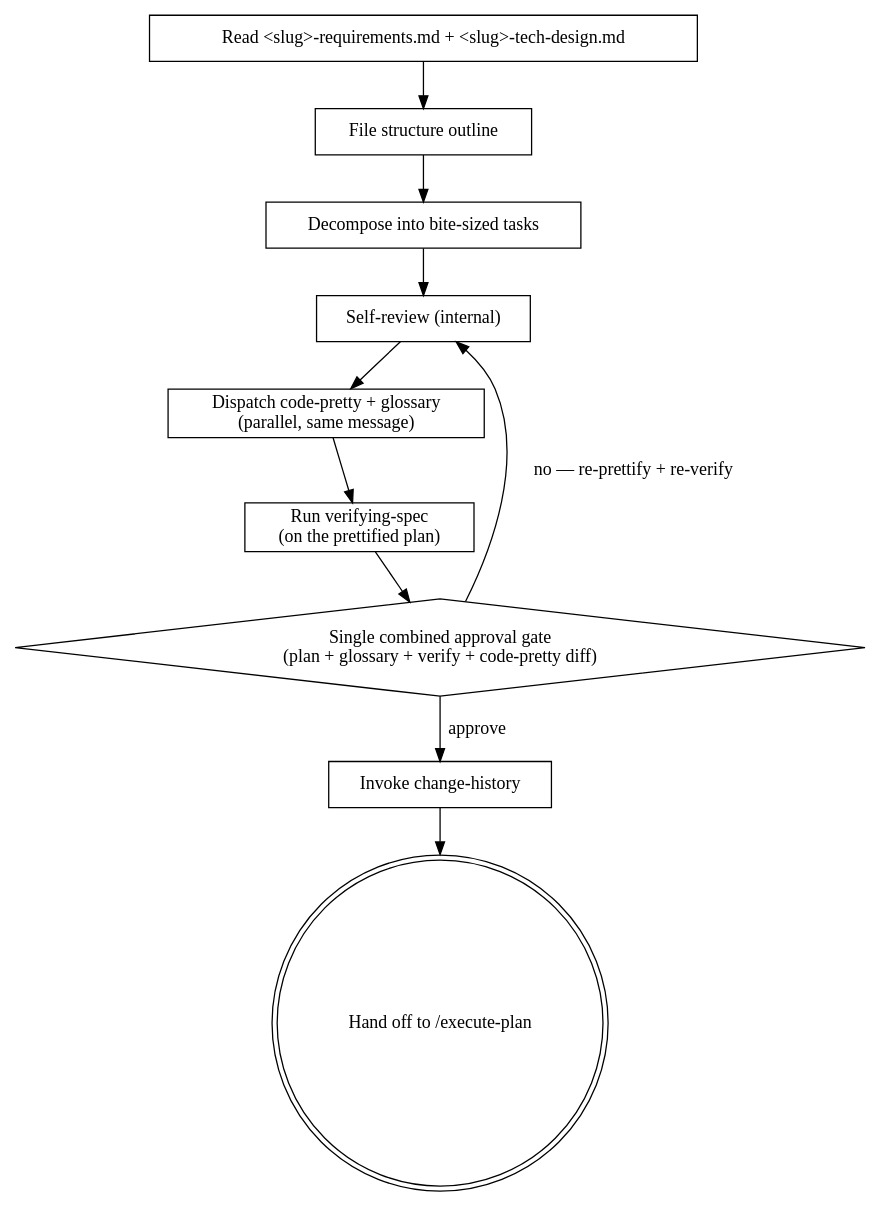
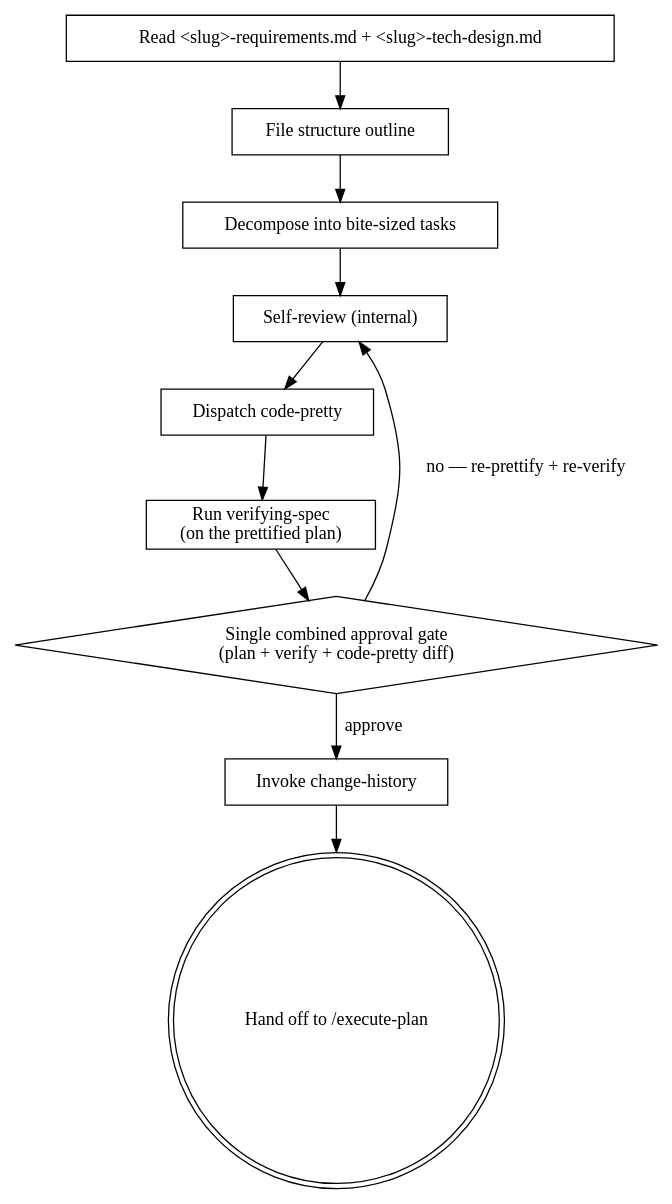
One commit to LonerStayle/js-super changed the diagram in skills/writing-plans/SKILL.md. Above: the diagram before and after it, drawn with Graphviz. The commit also changed other lines of this file and 14 other files, not shown here.

````diff
--- a/skills/writing-plans/SKILL.md
+++ b/skills/writing-plans/SKILL.md
@@ -284,23 +285,23 @@
 ```dot
 digraph plan_flow {
     "Read <slug>-requirements.md + <slug>-tech-design.md" [shape=box];
     "File structure outline" [shape=box];
     "Decompose into bite-sized tasks" [shape=box];
     "Self-review (internal)" [shape=box];
-    "Dispatch code-pretty + glossary\n(parallel, same message)" [shape=box];
+    "Dispatch code-pretty" [shape=box];
     "Run verifying-spec\n(on the prettified plan)" [shape=box];
-    "Single combined approval gate\n(plan + glossary + verify + code-pretty diff)" [shape=diamond];
+    "Single combined approval gate\n(plan + verify + code-pretty diff)" [shape=diamond];
     "Invoke change-history" [shape=box];
     "Hand off to /execute-plan" [shape=doublecircle];
 
     "Read <slug>-requirements.md + <slug>-tech-design.md" -> "File structure outline";
     "File structure outline" -> "Decompose into bite-sized tasks";
     "Decompose into bite-sized tasks" -> "Self-review (internal)";
-    "Self-review (internal)" -> "Dispatch code-pretty + glossary\n(parallel, same message)";
-    "Dispatch code-pretty + glossary\n(parallel, same message)" -> "Run verifying-spec\n(on the prettified plan)";
-    "Run verifying-spec\n(on the prettified plan)" -> "Single combined approval gate\n(plan + glossary + verify + code-pretty diff)";
-    "Single combined approval gate\n(plan + glossary + verify + code-pretty diff)" -> "Self-review (internal)" [label="no — re-prettify + re-verify"];
-    "Single combined approval gate\n(plan + glossary + verify + code-pretty diff)" -> "Invoke change-history" [label="approve"];
+    "Self-review (internal)" -> "Dispatch code-pretty";
+    "Dispatch code-pretty" -> "Run verifying-spec\n(on the prettified plan)";
+    "Run verifying-spec\n(on the prettified plan)" -> "Single combined approval gate\n(plan + verify + code-pretty diff)";
+    "Single combined approval gate\n(plan + verify + code-pretty diff)" -> "Self-review (internal)" [label="no — re-prettify + re-verify"];
+    "Single combined approval gate\n(plan + verify + code-pretty diff)" -> "Invoke change-history" [label="approve"];
     "Invoke change-history" -> "Hand off to /execute-plan";
 }
 ```
````
